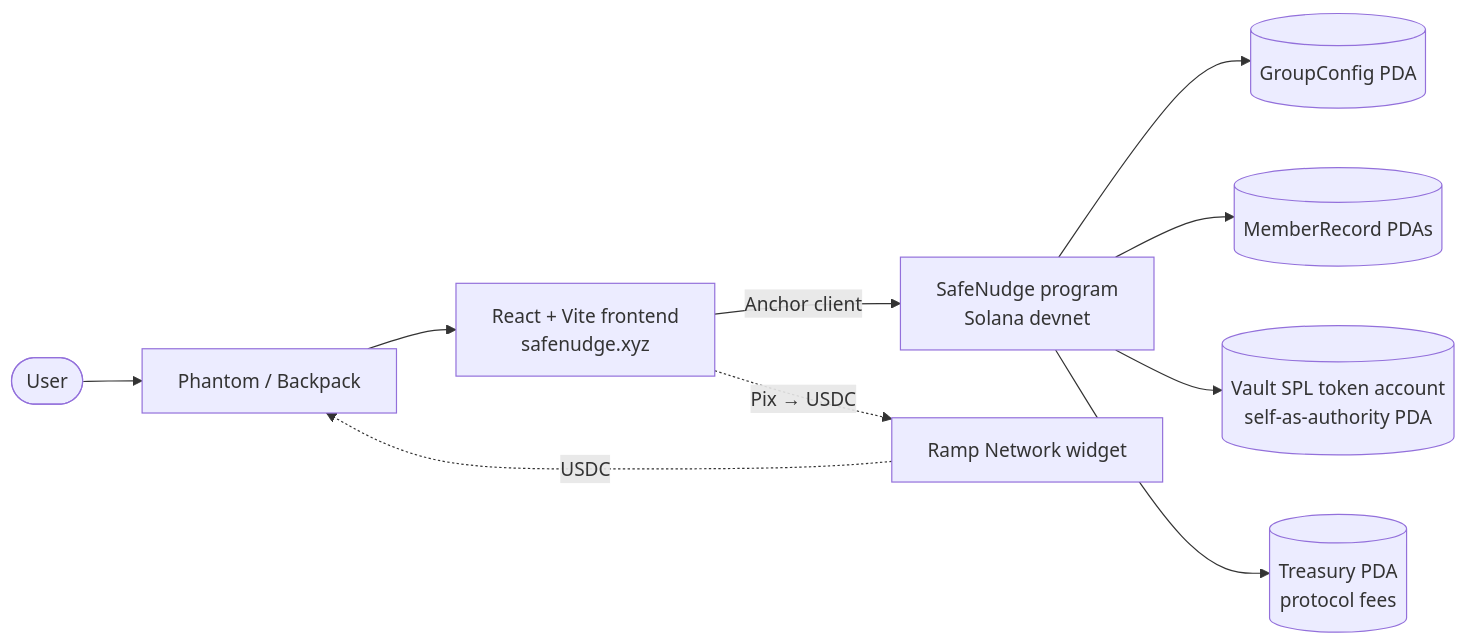
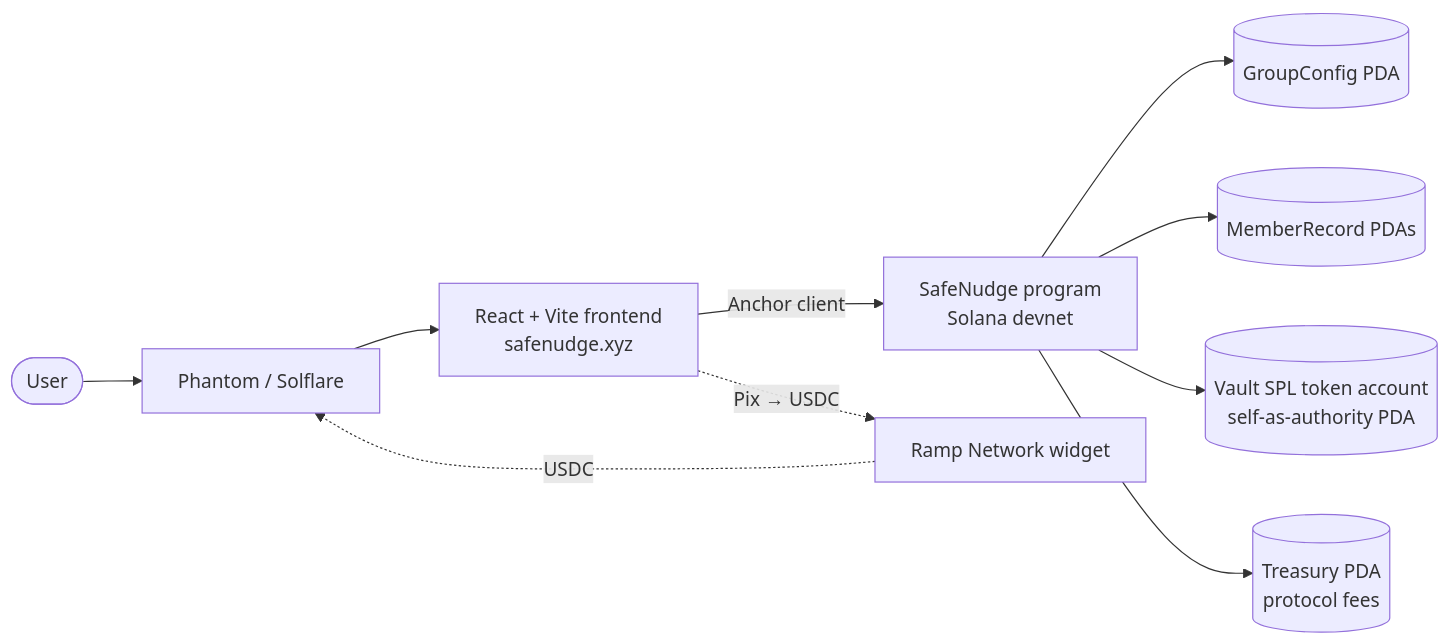
One commit to davigiroux/safenudge.xyz changed the second of 3 diagrams in README.md. Above: the diagram before and after it, drawn with Mermaid. The commit also changed other lines of this file and 3 other files, not shown here.

First line of the commit message:
docs: align ARCHITECTURE, README, CONCEPT, ROADMAP with the program

````diff
--- a/README.md
+++ b/README.md
@@ -75,12 +75,12 @@
 ```mermaid
 flowchart LR
-    User([User]) --> Wallet[Phantom / Backpack]
+    User([User]) --> Wallet[Phantom / Solflare]
     Wallet --> Frontend[React + Vite frontend<br/>safenudge.xyz]
     Frontend -->|Anchor client| Program[SafeNudge program<br/>Solana devnet]
     Frontend -.->|Pix → USDC| Ramp[Ramp Network widget]
     Ramp -.->|USDC| Wallet
     Program --> GroupConfig[(GroupConfig PDA)]
     Program --> MemberRecord[(MemberRecord PDAs)]
     Program --> Vault[(Vault SPL token account<br/>self-as-authority PDA)]
     Program --> Treasury[(Treasury PDA<br/>protocol fees)]
 ```
````
